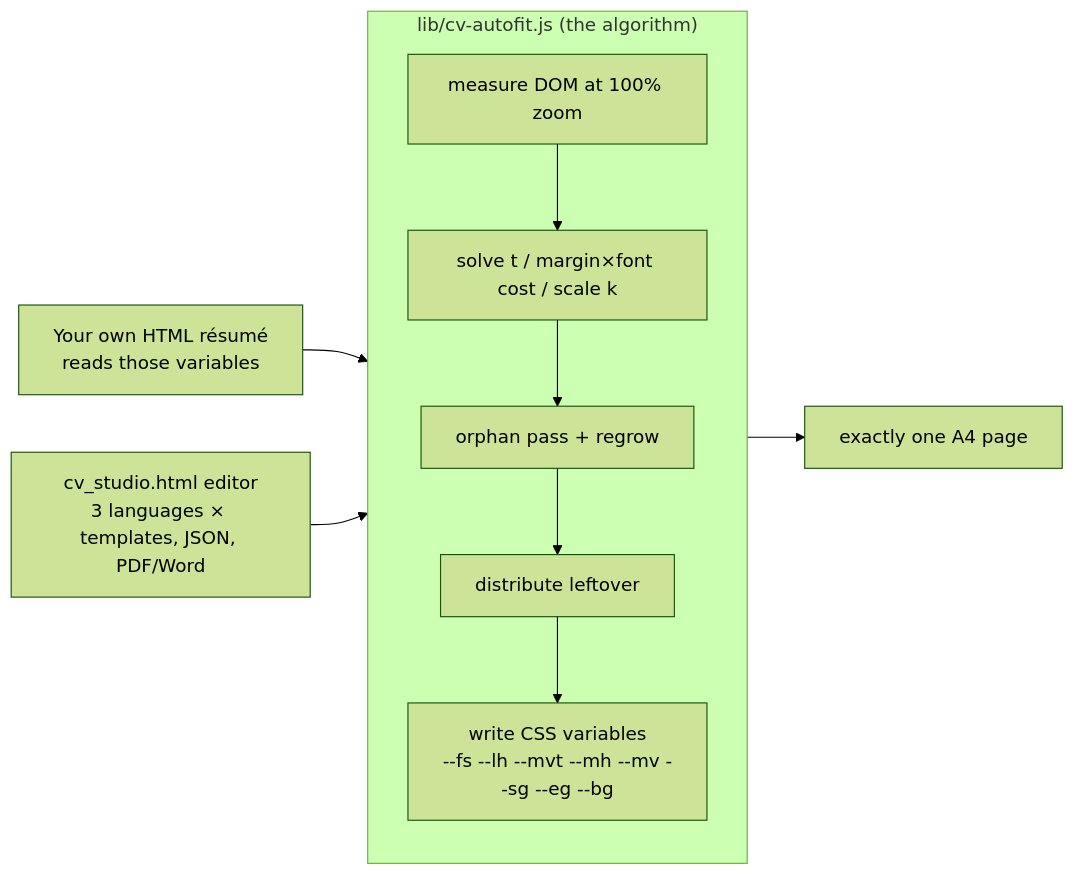
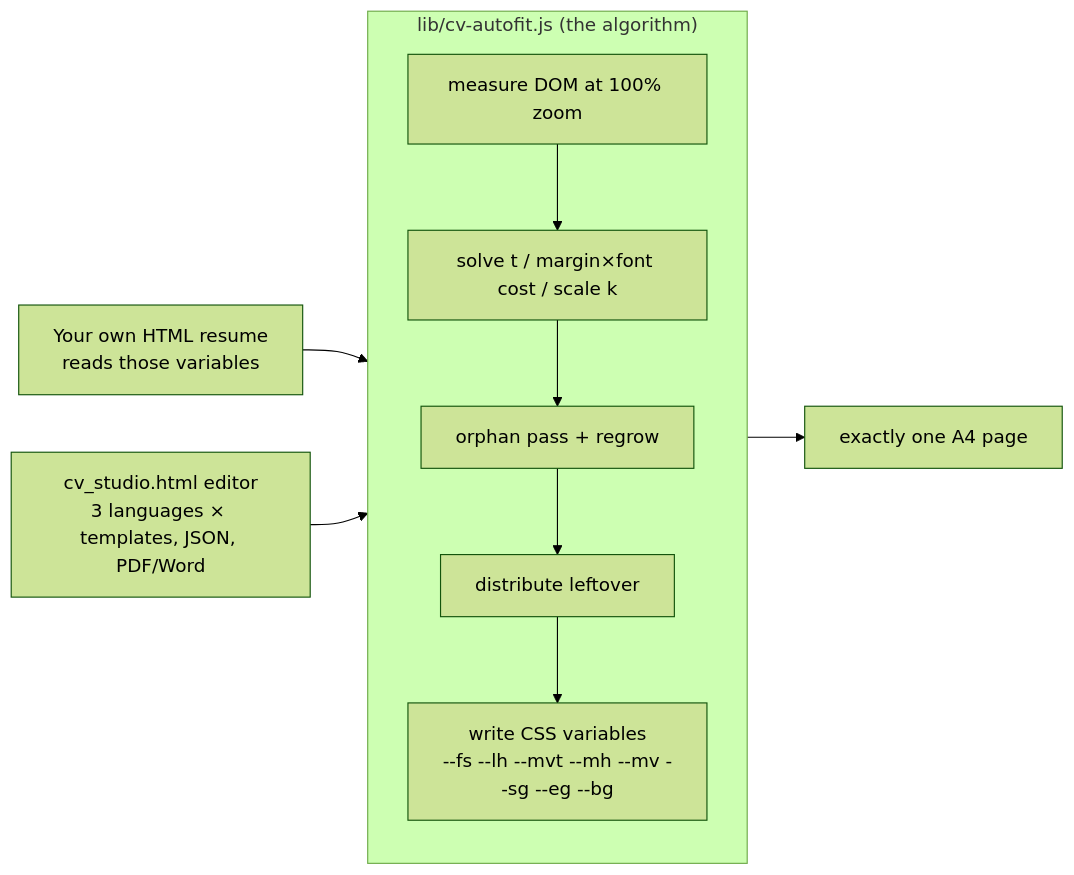
Before and after one commit to chutinaa/cv-autofit: the first of 4 diagrams in README.md, drawn with Mermaid (forest theme). The commit also changed other lines of this file and 3 other files, not shown here.

````diff
--- a/README.md
+++ b/README.md
@@ -25,9 +25,9 @@
 ```mermaid
 flowchart LR
     subgraph lib["lib/cv-autofit.js (the algorithm)"]
         A[measure DOM at 100% zoom] --> B[solve t / margin×font cost / scale k] --> C[orphan pass + regrow] --> D[distribute leftover] --> E[write CSS variables<br/>--fs --lh --mvt --mh --mv --sg --eg --bg]
     end
-    Y[Your own HTML résumé<br/>reads those variables] --> lib
+    Y[Your own HTML resume<br/>reads those variables] --> lib
     S[cv_studio.html editor<br/>3 languages × templates, JSON, PDF/Word] --> lib
     lib --> P[exactly one A4 page]
 ```
````
